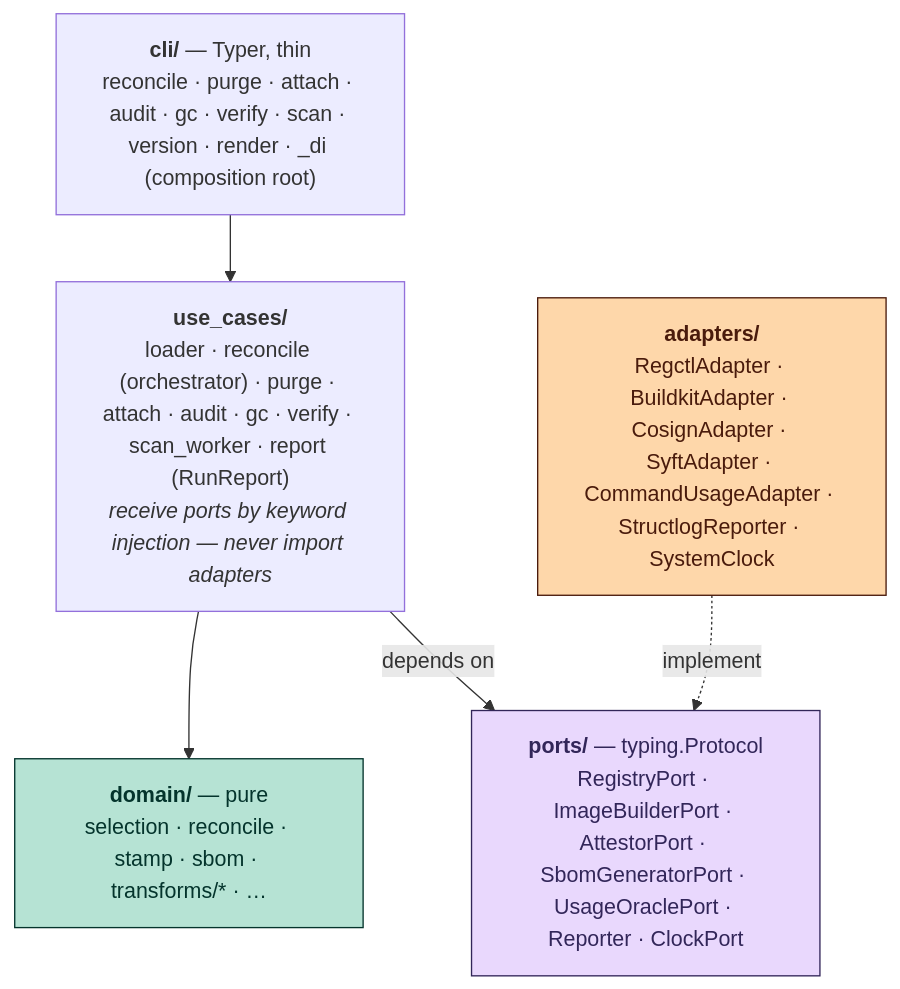
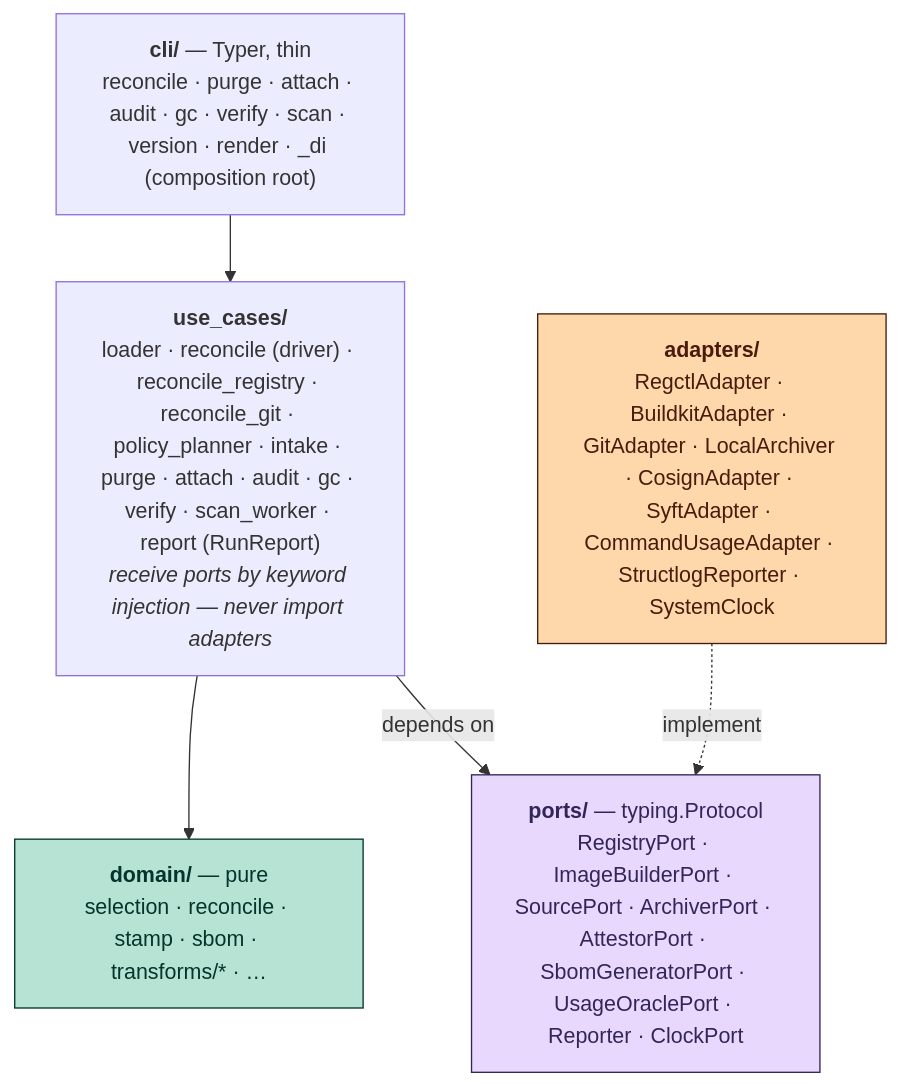
Before and after one commit to trivoallan/houba: the second of 4 diagrams in docs/explanation/architecture.md, drawn with Mermaid. The commit also changed other lines of this file and 42 other files, not shown here.

First line of the commit message:
feat: reconcile places git-sourced policies (#265)

````diff
--- a/docs/explanation/architecture.md
+++ b/docs/explanation/architecture.md
@@ -44,20 +44,20 @@
 ```mermaid
 flowchart TD
     cli["<b>cli/</b> — Typer, thin<br/>reconcile · purge · attach · audit · gc · verify · scan · version · render · _di (composition root)"]
-    uc["<b>use_cases/</b><br/>loader · reconcile (orchestrator) · purge · attach · audit · gc · verify · scan_worker · report (RunReport)<br/><i>receive ports by keyword injection — never import adapters</i>"]
+    uc["<b>use_cases/</b><br/>loader · reconcile (driver) · reconcile_registry · reconcile_git · policy_planner · intake · purge · attach · audit · gc · verify · scan_worker · report (RunReport)<br/><i>receive ports by keyword injection — never import adapters</i>"]
     domain["<b>domain/</b> — pure<br/>selection · reconcile · stamp · sbom · transforms/* · …"]
-    ports["<b>ports/</b> — typing.Protocol<br/>RegistryPort · ImageBuilderPort · AttestorPort · SbomGeneratorPort · UsageOraclePort · Reporter · ClockPort"]
-    adapters["<b>adapters/</b><br/>RegctlAdapter · BuildkitAdapter · CosignAdapter · SyftAdapter · CommandUsageAdapter · StructlogReporter · SystemClock"]
+    ports["<b>ports/</b> — typing.Protocol<br/>RegistryPort · ImageBuilderPort · SourcePort · ArchiverPort · AttestorPort · SbomGeneratorPort · UsageOraclePort · Reporter · ClockPort"]
+    adapters["<b>adapters/</b><br/>RegctlAdapter · BuildkitAdapter · GitAdapter · LocalArchiver · CosignAdapter · SyftAdapter · CommandUsageAdapter · StructlogReporter · SystemClock"]
 
     cli --> uc
     uc --> domain
     uc -->|depends on| ports
     adapters -.->|implement| ports
 
     classDef pure fill:#b6e3d4,stroke:#04342c,color:#04342c;
     classDef port fill:#e9d8fd,stroke:#322659,color:#322659;
     classDef adapter fill:#fed7aa,stroke:#4a1b0c,color:#4a1b0c;
     class domain pure;
     class ports port;
     class adapters adapter;
 ```
````
